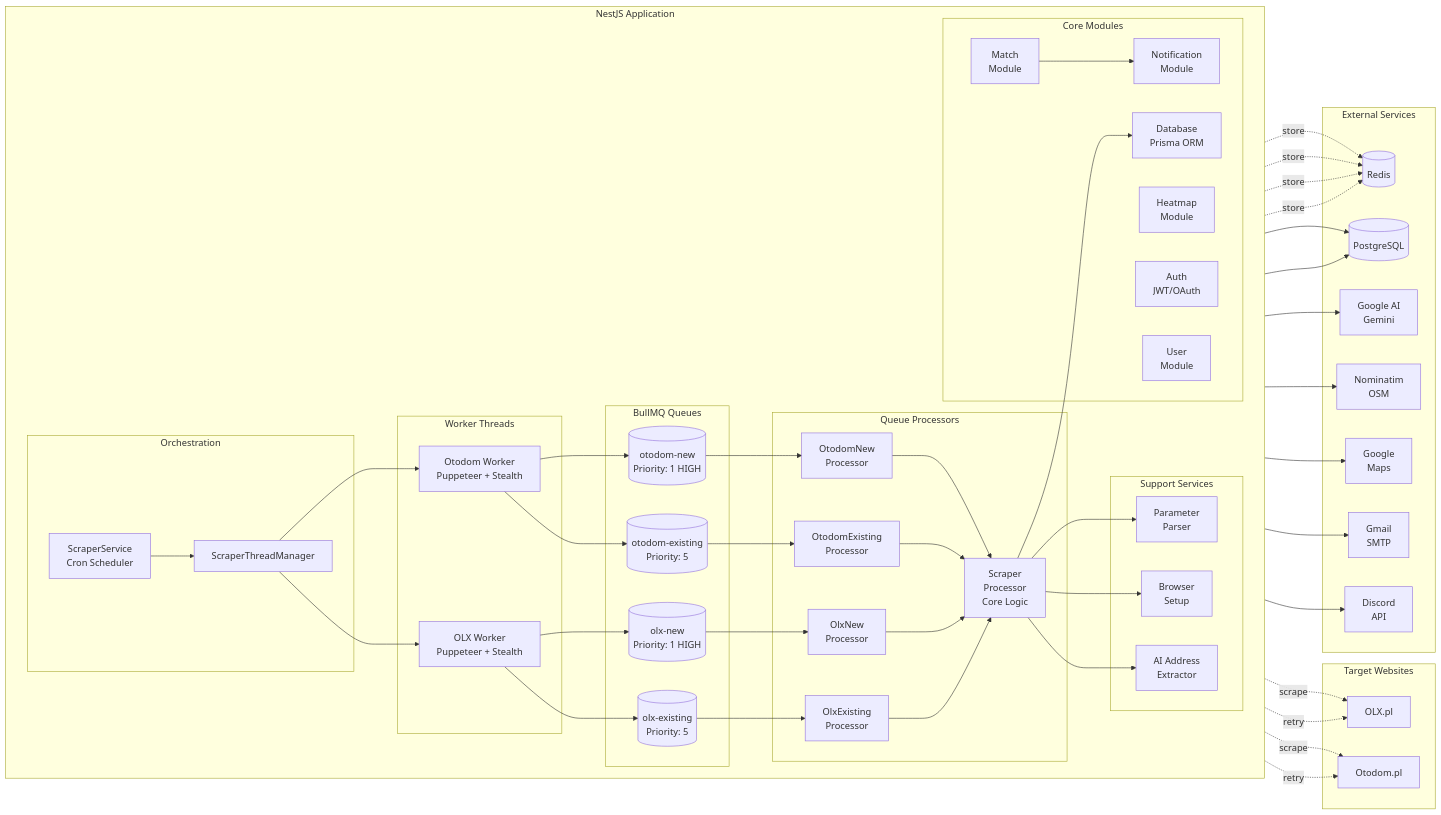
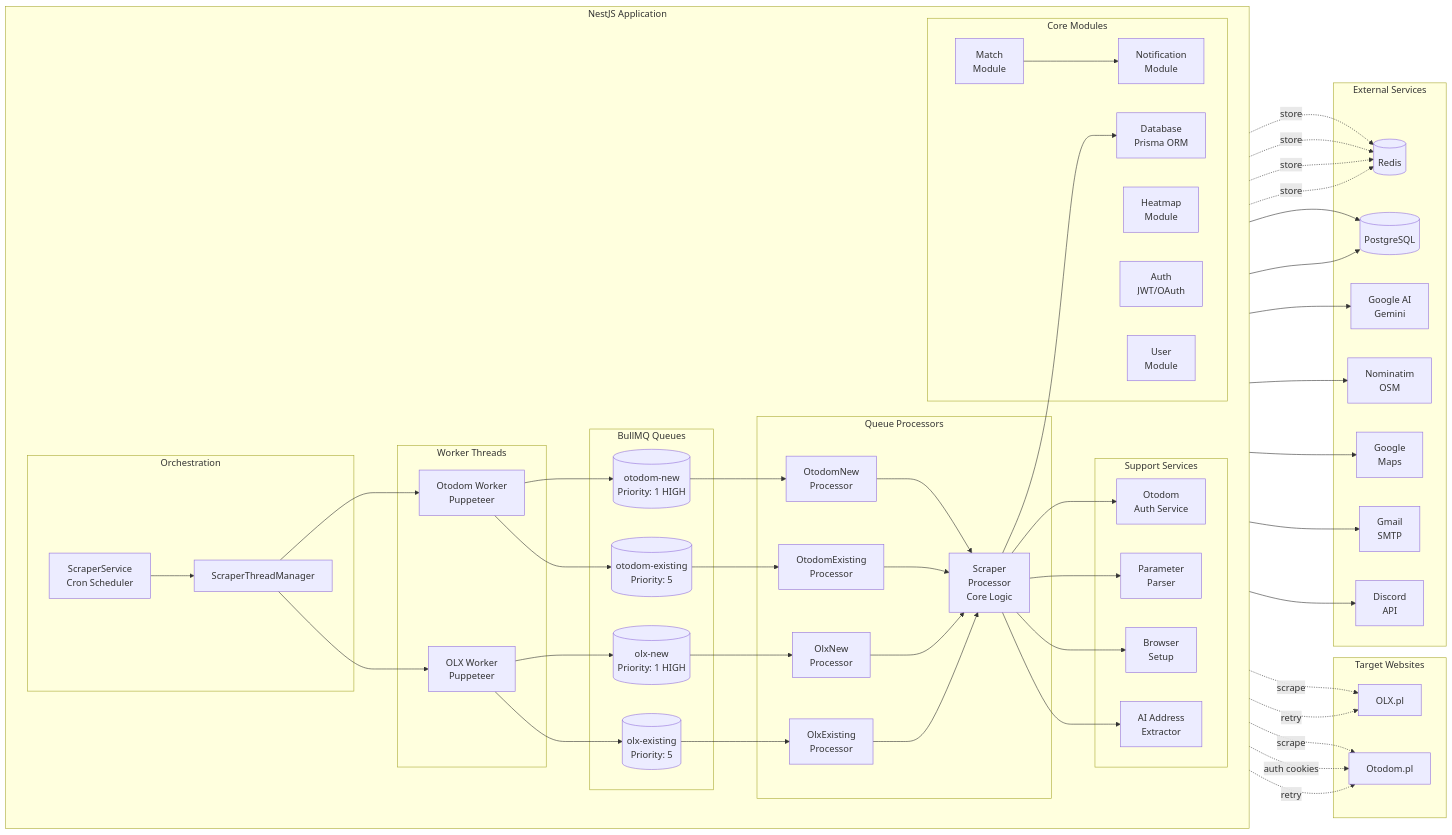
Before and after one commit to Mieszkaniownik/mieszkaniownik: the first of 8 diagrams in README.md, drawn with Mermaid. The commit also changed other lines of this file and 52 other files, not shown here.

```diff
--- a/README.md
+++ b/README.md
@@ -20,8 +20,8 @@
         end
 
         subgraph WORKERS["Worker Threads"]
-            OW[OLX Worker<br/>Puppeteer + Stealth]
-            OTW[Otodom Worker<br/>Puppeteer + Stealth]
+            OW[OLX Worker<br/>Puppeteer]
+            OTW[Otodom Worker<br/>Puppeteer]
         end
 
         subgraph QUEUES["BullMQ Queues"]
@@ -43,6 +43,7 @@
             AI[AI Address<br/>Extractor]
             BS[Browser<br/>Setup]
             PP[Parameter<br/>Parser]
+            OA[Otodom<br/>Auth Service]
         end
 
         subgraph CORE["Core Modules"]
@@ -83,9 +84,10 @@
 
     SYS_OEP & SYS_ONP & SYS_OTEP & SYS_OTNP --> SYS_SP
 
-    SYS_SP --> AI & BS & PP
+    SYS_SP --> AI & BS & PP & OA
 
     AI --> GOOGLE
+    OA -.->|auth cookies| OTODOM
     BS -.->|retry| OLX & OTODOM
     SYS_SP --> NOMINATIM
     SYS_SP --> DM
```
